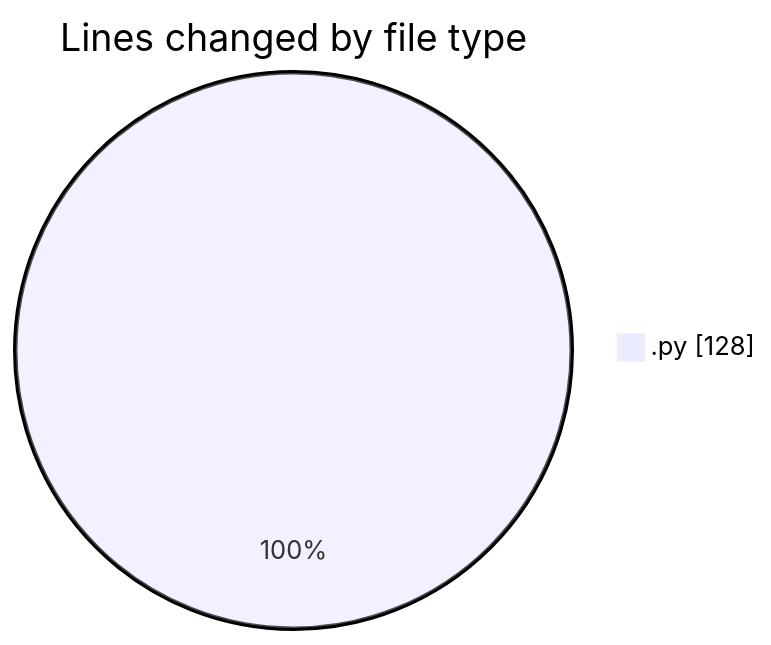
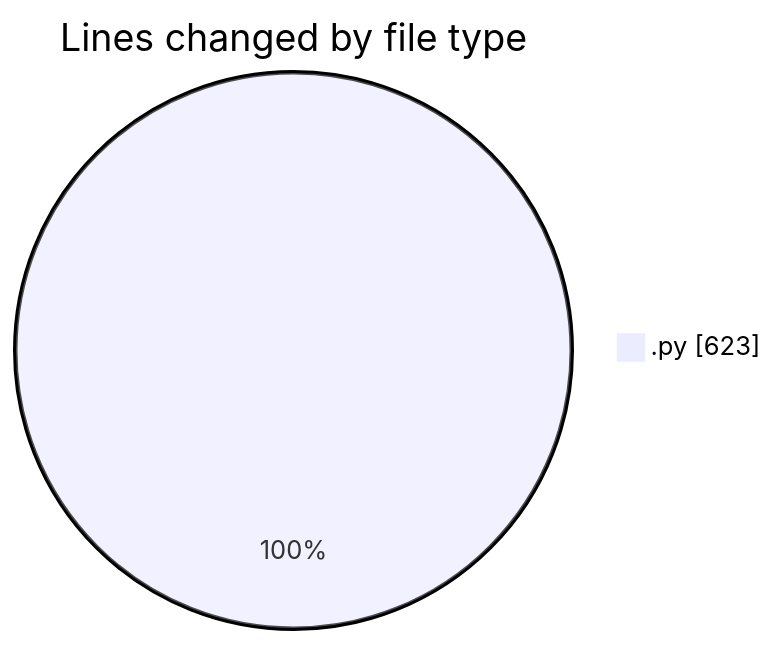
Before and after one commit to julien-gomy/code-tracking: the first of 2 diagrams in 2025-10-21/eventscop-api-guide__workspace_/README.md, drawn with Mermaid. The commit also changed other lines of this file and 1 other file, not shown here.

````diff
--- a/2025-10-21/eventscop-api-guide__workspace_/README.md
+++ b/2025-10-21/eventscop-api-guide__workspace_/README.md
@@ -22,5 +23,5 @@
 ```mermaid
 pie showData
 title Lines changed by file type
-".py" : 128
+".py" : 623
 ```
````
